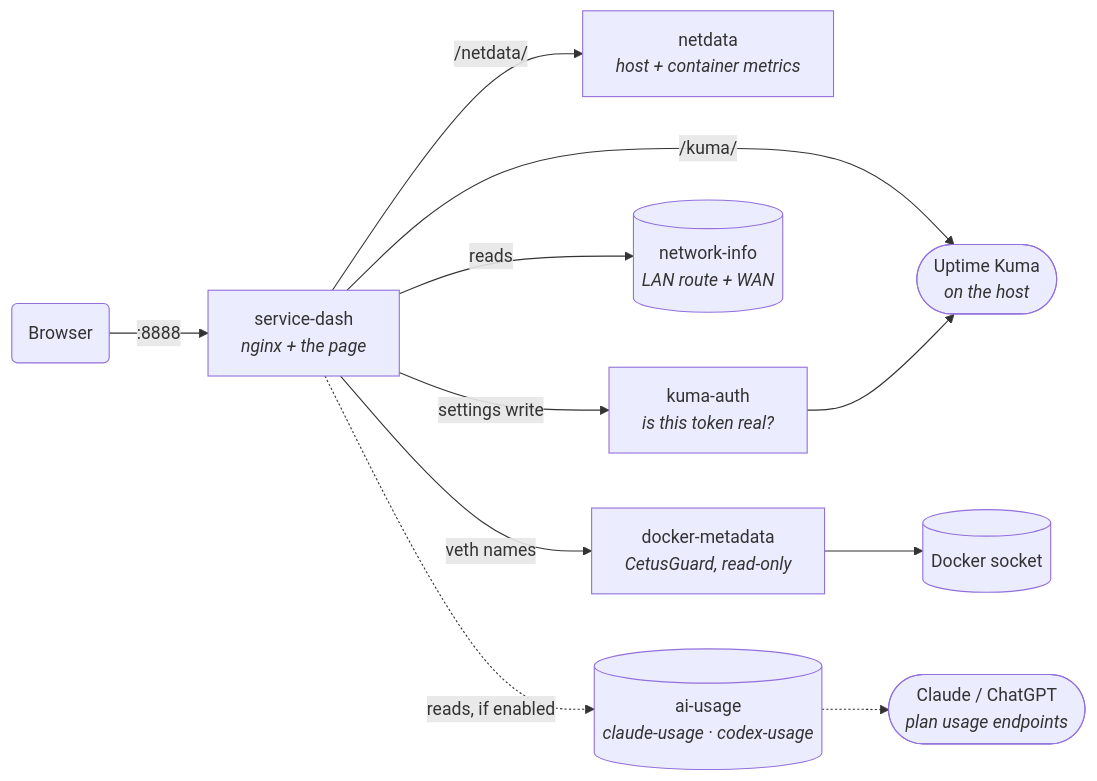
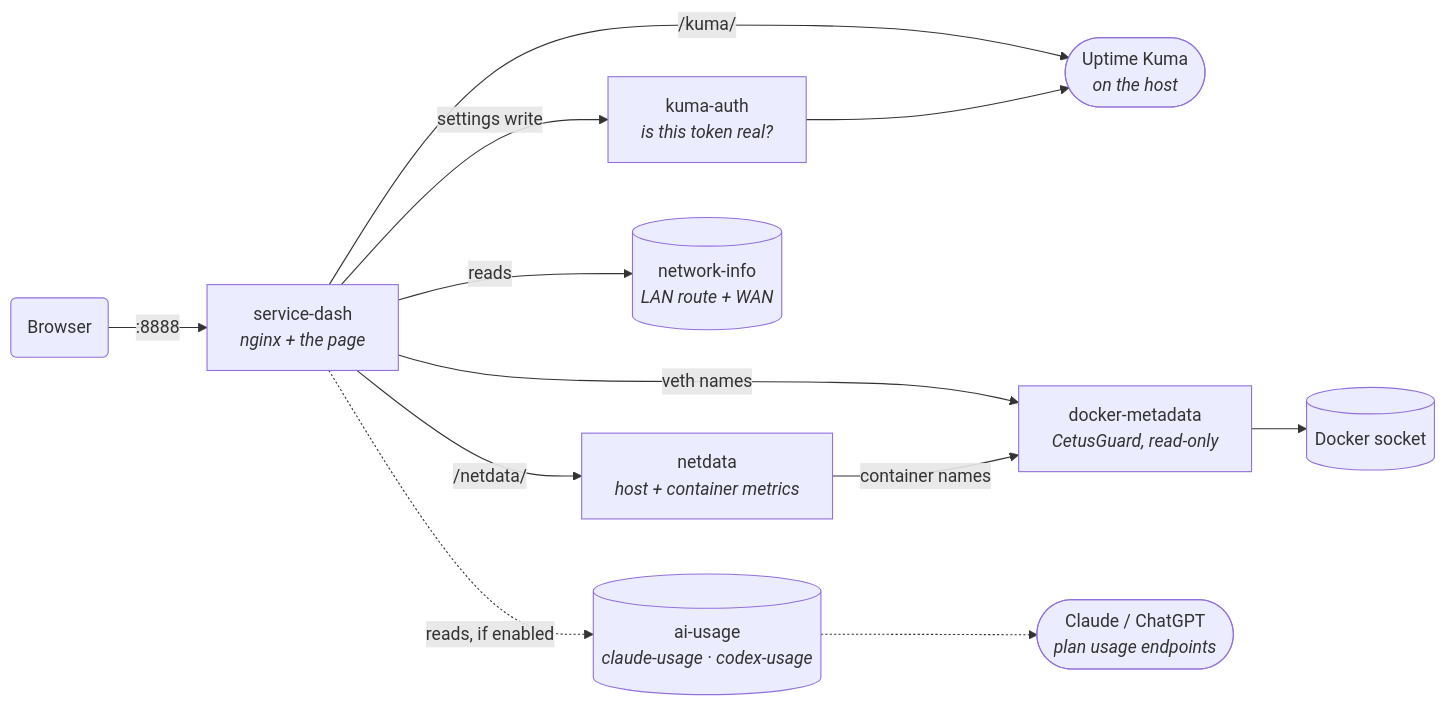
The diagram in README.md (cvaghela/service-dash), drawn with Mermaid before and after one commit. The commit also changed other lines of this file and 9 other files, not shown here.

````diff
--- a/README.md
+++ b/README.md
@@ -485,13 +486,14 @@
 ```mermaid
 flowchart LR
     B("Browser") -->|":8888"| N["service-dash<br/><i>nginx + the page</i>"]
     N -->|"/kuma/"| K(["Uptime Kuma<br/><i>on the host</i>"])
     N -->|"/netdata/"| ND["netdata<br/><i>host + container metrics</i>"]
     N -->|"settings write"| A["kuma-auth<br/><i>is this token real?</i>"]
     A --> K
     N -->|"reads"| I[("network-info<br/><i>LAN route + WAN</i>")]
     N -->|"veth names"| D["docker-metadata<br/><i>CetusGuard, read-only</i>"]
+    ND -->|"container names"| D
     D --> S[("Docker socket")]
     N -.->|"reads, if enabled"| AI[("ai-usage<br/><i>claude-usage · codex-usage</i>")]
     AI -.-> AP(["Claude / ChatGPT<br/><i>plan usage endpoints</i>"])
 ```
````
